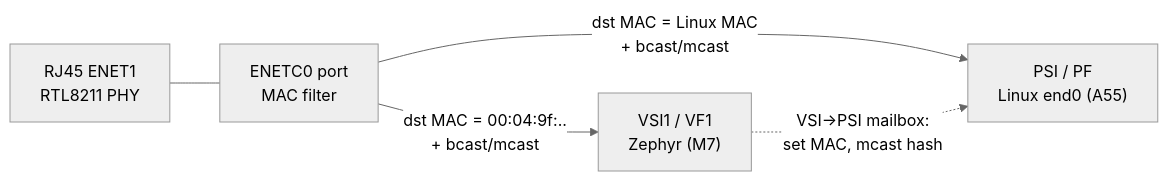
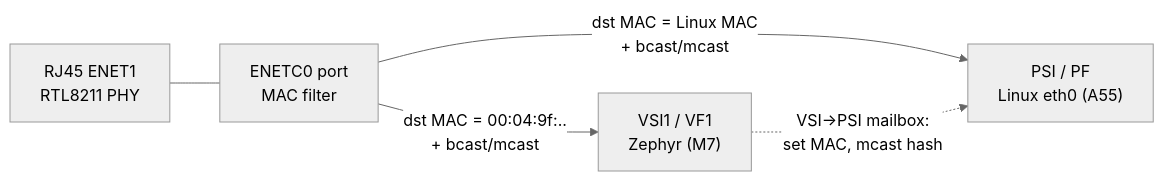
One commit to wrouwet/imx95-devenv changed the diagram in docs/ethernet.md. Above: the diagram before and after it, drawn with Mermaid (neutral theme). The commit also changed other lines of this file and 1 other file, not shown here.

First line of the commit message:
Ethernet verified on hardware: Linux and M7 both reachable on one RJ45

````diff
--- a/docs/ethernet.md
+++ b/docs/ethernet.md
@@ -5,7 +5,7 @@
 ```mermaid
 flowchart LR
     wire[RJ45 ENET1<br/>RTL8211 PHY] --- port[ENETC0 port<br/>MAC filter]
-    port -->|"dst MAC = Linux MAC<br/>+ bcast/mcast"| psi["PSI / PF<br/>Linux end0 (A55)"]
+    port -->|"dst MAC = Linux MAC<br/>+ bcast/mcast"| psi["PSI / PF<br/>Linux eth0 (A55)"]
     port -->|"dst MAC = 00:04:9f:..<br/>+ bcast/mcast"| vsi["VSI1 / VF1<br/>Zephyr (M7)"]
     vsi -. "VSI→PSI mailbox:<br/>set MAC, mcast hash" .-> psi
 ```
````
